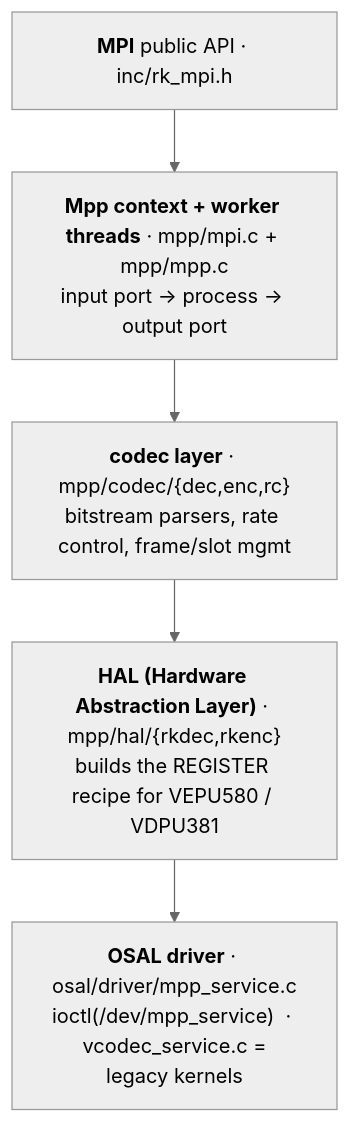
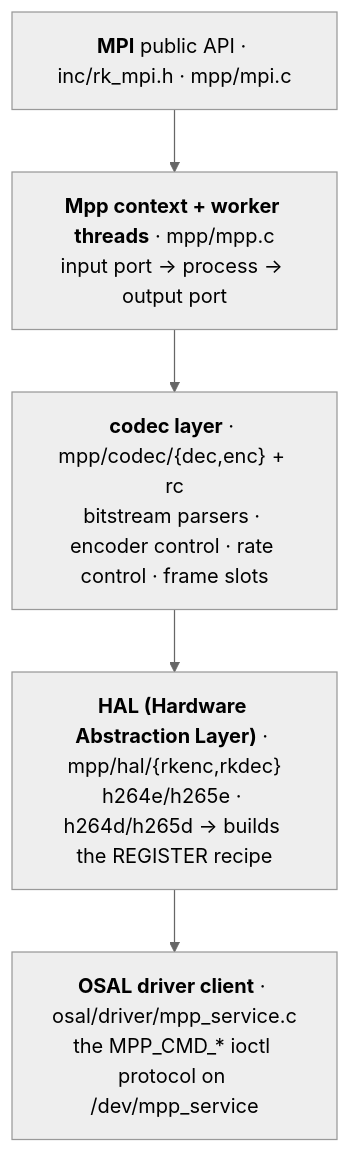
The second of 6 diagrams in docs/10-how-the-userspace-libs-work.md (yisding/rock-5b-ysp), drawn with Mermaid (neutral theme) before and after one commit. The commit also changed other lines of this file and 1 other file, not shown here.

````diff
--- a/docs/10-how-the-userspace-libs-work.md
+++ b/docs/10-how-the-userspace-libs-work.md
@@ -81,9 +96,9 @@
 ```mermaid
 flowchart TB
-  mpi["<b>MPI</b> public API · inc/rk_mpi.h"]
-  ctx["<b>Mpp context + worker threads</b> · mpp/mpi.c + mpp/mpp.c<br/>input port → process → output port"]
-  codec["<b>codec layer</b> · mpp/codec/{dec,enc,rc}<br/>bitstream parsers, rate control, frame/slot mgmt"]
-  hal["<b>HAL (Hardware Abstraction Layer)</b> · mpp/hal/{rkdec,rkenc}<br/>builds the REGISTER recipe for VEPU580 / VDPU381"]
-  osal["<b>OSAL driver</b> · osal/driver/mpp_service.c<br/>ioctl(/dev/mpp_service)  ·  vcodec_service.c = legacy kernels"]
+  mpi["<b>MPI</b> public API · inc/rk_mpi.h · mpp/mpi.c"]
+  ctx["<b>Mpp context + worker threads</b> · mpp/mpp.c<br/>input port → process → output port"]
+  codec["<b>codec layer</b> · mpp/codec/{dec,enc} + rc<br/>bitstream parsers · encoder control · rate control · frame slots"]
+  hal["<b>HAL (Hardware Abstraction Layer)</b> · mpp/hal/{rkenc,rkdec}<br/>h264e/h265e · h264d/h265d → builds the REGISTER recipe"]
+  osal["<b>OSAL driver client</b> · osal/driver/mpp_service.c<br/>the MPP_CMD_* ioctl protocol on /dev/mpp_service"]
   mpi --> ctx --> codec --> hal --> osal
 ```
````
